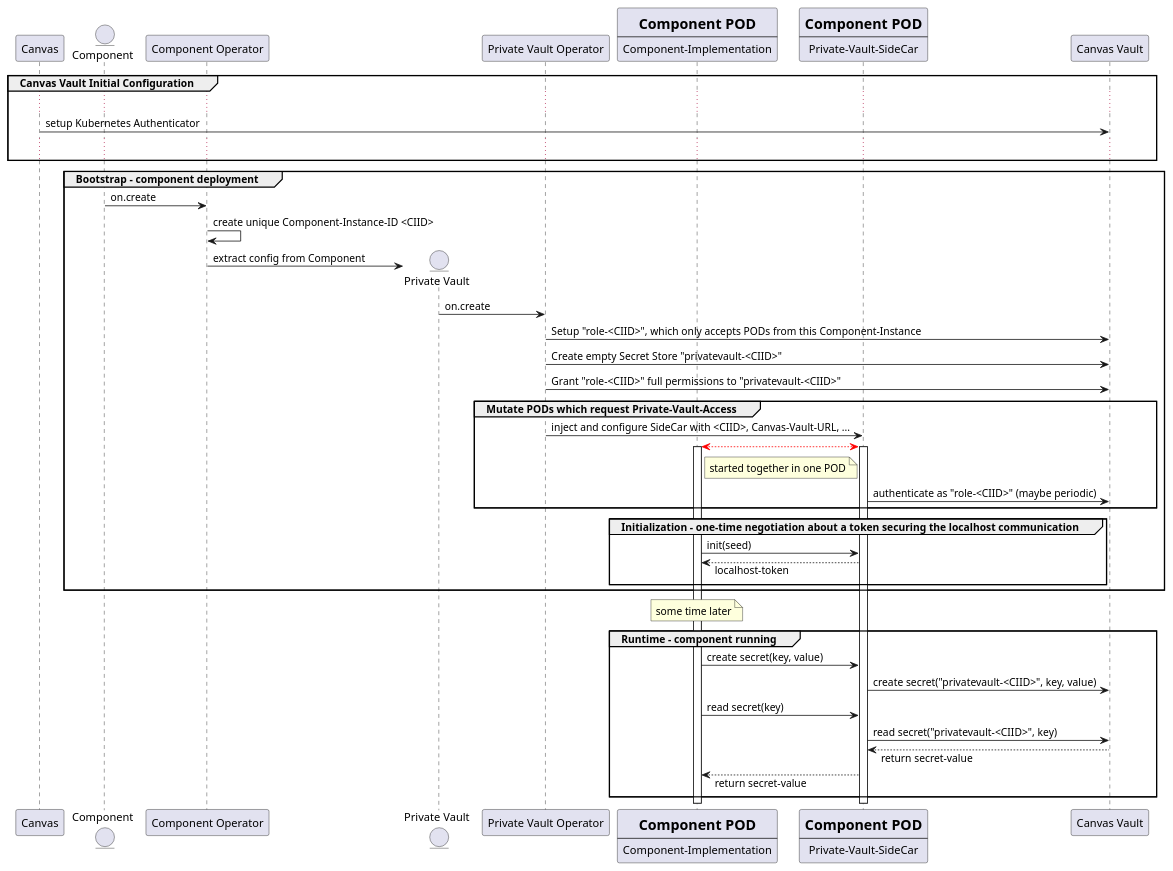
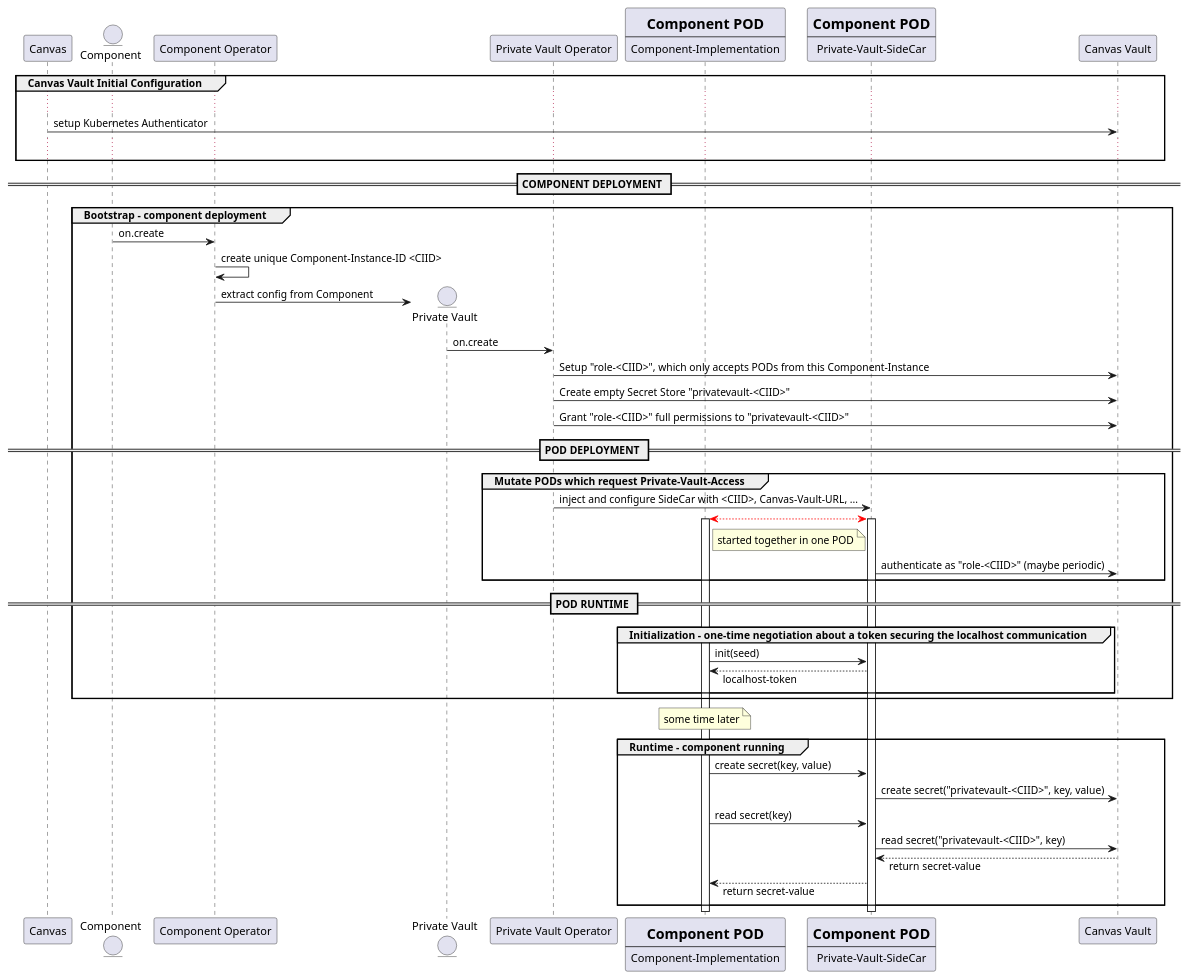
The diagram in usecase-library/pumlFiles/privateVault-generic-workflow.puml (tmforum-oda/oda-canvas), drawn with PlantUML before and after one commit.

Commit message:
update diagram.

```diff
--- a/usecase-library/pumlFiles/privateVault-generic-workflow.puml
+++ b/usecase-library/pumlFiles/privateVault-generic-workflow.puml
@@ -1,64 +1,73 @@
 @startuml
 
 participant Canvas as "Canvas"
 entity Component
 participant "Component Operator" as ComponentOperator
 entity "Private Vault" as PrivateVault
 participant "Private Vault Operator" as PrivateVaultOperator
 participant ComponentImplementation [
 	=Component POD
 	----
 	Component-Implementation
 ]
 participant PrivateVaultSideCar [
 	=Component POD
 	----
 	Private-Vault-SideCar
 ]
 participant CanvasVault as "Canvas Vault"
 
-
 group Canvas Vault Initial Configuration 
     ...
 	Canvas -> CanvasVault : setup Kubernetes Authenticator
 	...
 end group
+
+== COMPONENT DEPLOYMENT ==
 
 group Bootstrap - component deployment
 	Component -> ComponentOperator : on.create
 	ComponentOperator -> ComponentOperator : create unique Component-Instance-ID <CIID>
 	create PrivateVault
 	ComponentOperator -> PrivateVault  : extract config from Component
 	PrivateVault -> PrivateVaultOperator : on.create
 	PrivateVaultOperator -> CanvasVault : Setup "role-<CIID>", which only accepts PODs from this Component-Instance 
 	PrivateVaultOperator -> CanvasVault : Create empty Secret Store "privatevault-<CIID>"
-	PrivateVaultOperator -> CanvasVault : Grant "role-<CIID>" full permissions to "privatevault-<CIID>" 
+	PrivateVaultOperator -> CanvasVault : Grant "role-<CIID>" full permissions to "privatevault-<CIID>"
+
+== POD DEPLOYMENT ==
+
+	 
 	group Mutate PODs which request Private-Vault-Access
 		PrivateVaultOperator -> PrivateVaultSideCar : inject and configure SideCar with <CIID>, Canvas-Vault-URL, ... 
 		ComponentImplementation <-[#ff0000]-> PrivateVaultSideCar
 		activate ComponentImplementation 
 		activate PrivateVaultSideCar 
 	    note right of ComponentImplementation
 	    started together in one POD
 	    end note	
 		PrivateVaultSideCar -> CanvasVault : authenticate as "role-<CIID>" (maybe periodic)
     end group
+
+== POD RUNTIME ==
+
 	group Initialization - one-time negotiation about a token securing the localhost communication 
 		ComponentImplementation -> PrivateVaultSideCar : init(seed)
 		skinparam responseMessageBelowArrow true
 		ComponentImplementation <-- PrivateVaultSideCar : localhost-token
     end group
 end group
 
 note over ComponentImplementation : some time later
+
 
 group Runtime - component running
 	ComponentImplementation -> PrivateVaultSideCar : create secret(key, value)
 	PrivateVaultSideCar -> CanvasVault : create secret("privatevault-<CIID>", key, value)
 	ComponentImplementation -> PrivateVaultSideCar : read secret(key)
 	PrivateVaultSideCar -> CanvasVault : read secret("privatevault-<CIID>", key)
 	PrivateVaultSideCar  <-- CanvasVault : return secret-value
 	ComponentImplementation <-- PrivateVaultSideCar : return secret-value 
 end group
 
 @enduml
```
